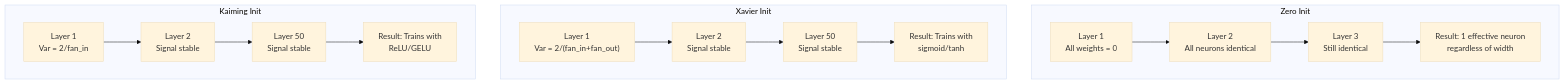
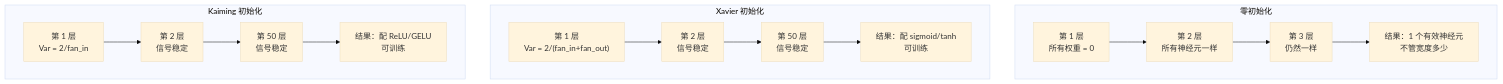
One commit to alessandrodinisio-ai/ai-engineering-learning-framework changed the first of 3 diagrams in phases/03-deep-learning-core/08-weight-initialization/docs/zh.md. Above: the diagram before and after it, drawn with Mermaid (base theme). The commit also changed other lines of this file and 120 other files, not shown here.

First line of the commit message:
i18n(mermaid): 337 个 mermaid 图表标签中文化

````diff
--- a/phases/03-deep-learning-core/08-weight-initialization/docs/zh.md
+++ b/phases/03-deep-learning-core/08-weight-initialization/docs/zh.md
@@ -109,20 +109,20 @@
 ```mermaid
 flowchart TD
-    subgraph "Zero Init"
-        Z1["Layer 1<br/>All weights = 0"] --> Z2["Layer 2<br/>All neurons identical"]
-        Z2 --> Z3["Layer 3<br/>Still identical"]
-        Z3 --> ZR["Result: 1 effective neuron<br/>regardless of width"]
+    subgraph "零初始化"
+        Z1["第 1 层<br/>所有权重 = 0"] --> Z2["第 2 层<br/>所有神经元一样"]
+        Z2 --> Z3["第 3 层<br/>仍然一样"]
+        Z3 --> ZR["结果：1 个有效神经元<br/>不管宽度多少"]
     end
 
-    subgraph "Xavier Init"
-        X1["Layer 1<br/>Var = 2/(fan_in+fan_out)"] --> X2["Layer 2<br/>Signal stable"]
-        X2 --> X3["Layer 50<br/>Signal stable"]
-        X3 --> XR["Result: Trains with<br/>sigmoid/tanh"]
+    subgraph "Xavier 初始化"
+        X1["第 1 层<br/>Var = 2/(fan_in+fan_out)"] --> X2["第 2 层<br/>信号稳定"]
+        X2 --> X3["第 50 层<br/>信号稳定"]
+        X3 --> XR["结果：配 sigmoid/tanh<br/>可训练"]
     end
 
-    subgraph "Kaiming Init"
-        K1["Layer 1<br/>Var = 2/fan_in"] --> K2["Layer 2<br/>Signal stable"]
-        K2 --> K3["Layer 50<br/>Signal stable"]
-        K3 --> KR["Result: Trains with<br/>ReLU/GELU"]
+    subgraph "Kaiming 初始化"
+        K1["第 1 层<br/>Var = 2/fan_in"] --> K2["第 2 层<br/>信号稳定"]
+        K2 --> K3["第 50 层<br/>信号稳定"]
+        K3 --> KR["结果：配 ReLU/GELU<br/>可训练"]
     end
 ```
````
